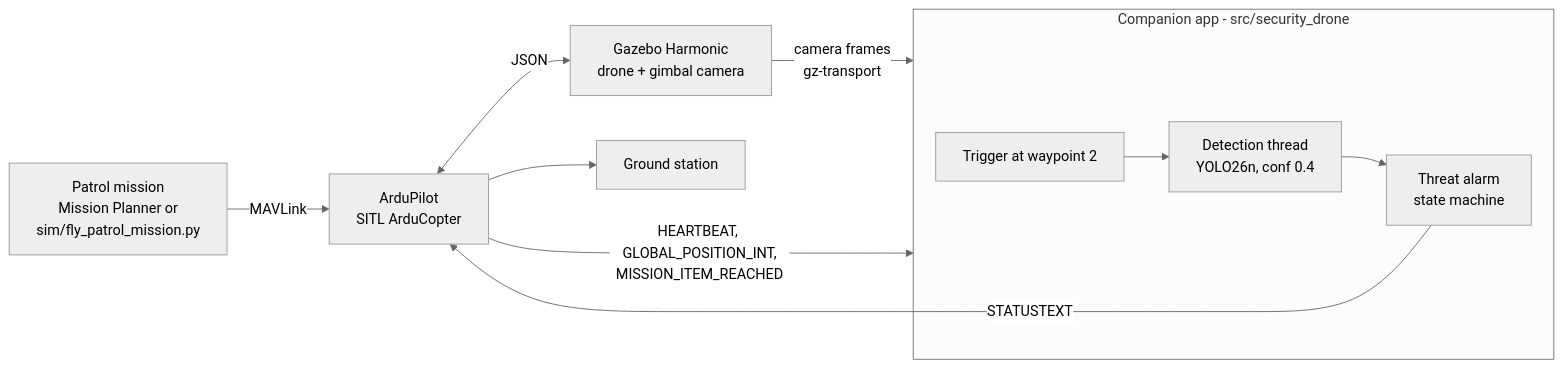
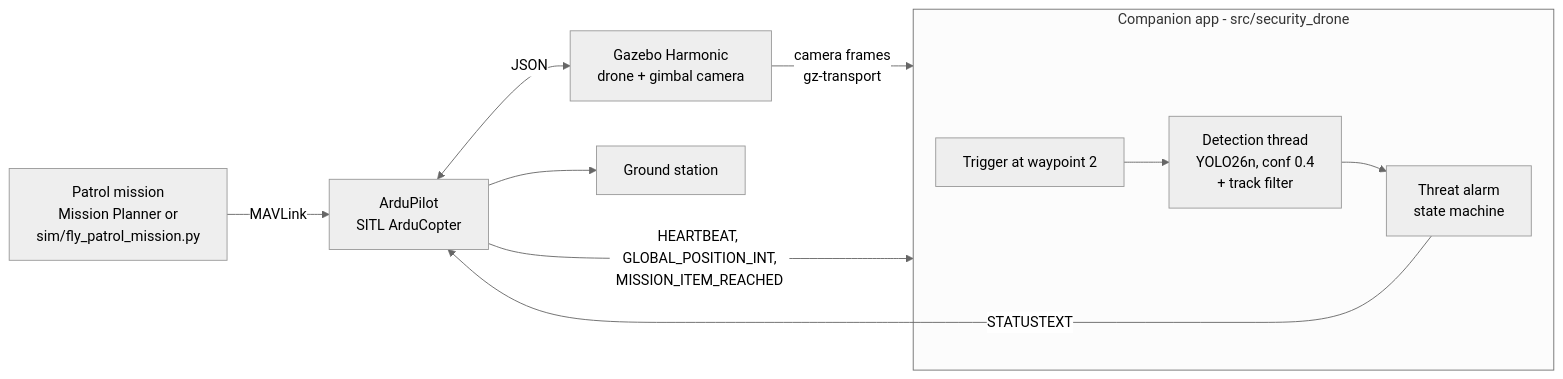
The diagram in README.md (cihankarat4s/autonomous-security-drone), drawn with Mermaid (neutral theme) before and after one commit. The commit also changed other lines of this file, not shown here.

````diff
--- a/README.md
+++ b/README.md
@@ -15,12 +15,12 @@
 ```mermaid
 flowchart LR
     M[Patrol mission<br/>Mission Planner or<br/>sim/fly_patrol_mission.py] -- MAVLink --> AP[ArduPilot<br/>SITL ArduCopter]
     AP <-- JSON --> GZ[Gazebo Harmonic<br/>drone + gimbal camera]
     GZ -- camera frames<br/>gz-transport --> C
     AP -- HEARTBEAT, GLOBAL_POSITION_INT,<br/>MISSION_ITEM_REACHED --> C
     subgraph C[Companion app - src/security_drone]
-        T[Trigger at waypoint 2] --> D[Detection thread<br/>YOLO26n, conf 0.4]
+        T[Trigger at waypoint 2] --> D[Detection thread<br/>YOLO26n, conf 0.4<br/>+ track filter]
         D --> A[Threat alarm<br/>state machine]
     end
     A -- STATUSTEXT --> AP --> G[Ground station]
 ```
````
